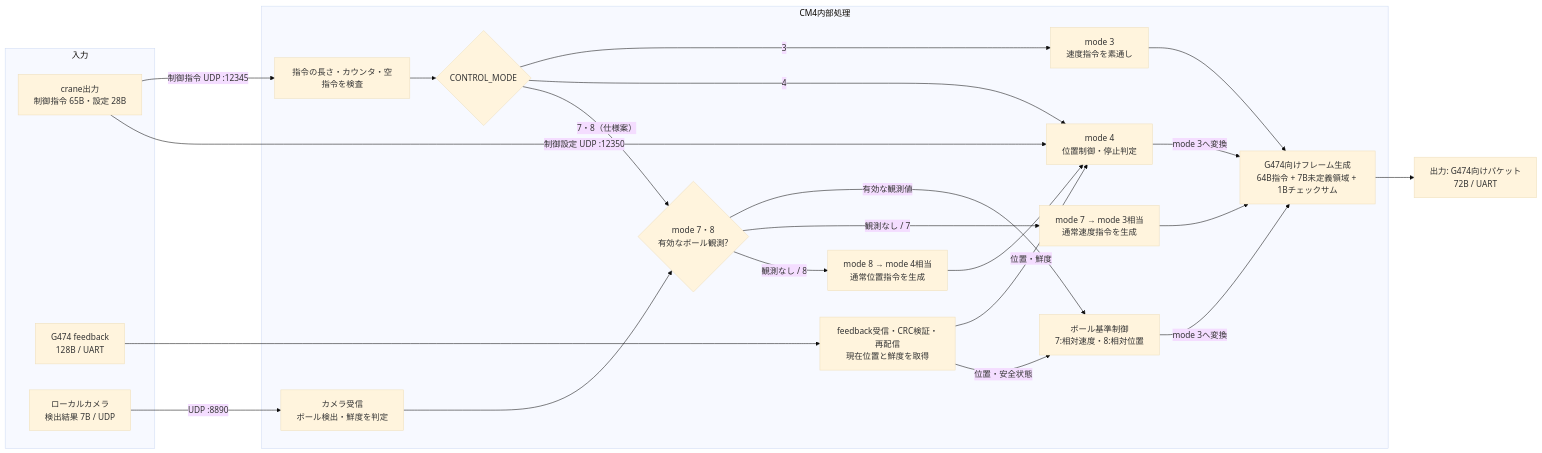
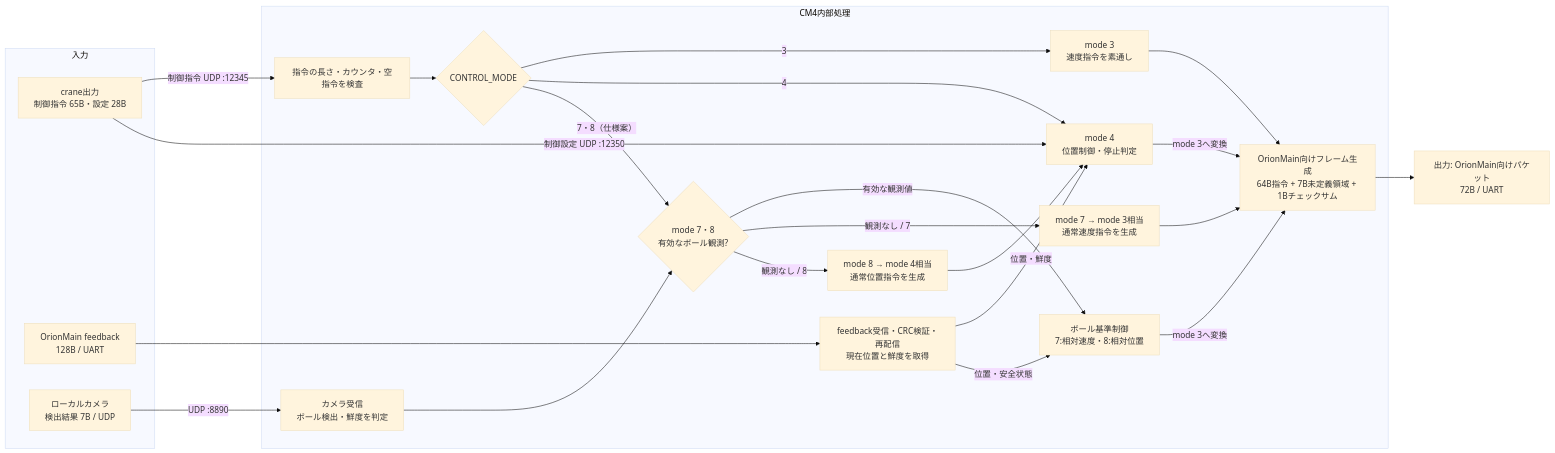
The diagram in doc/overview.md (ibis-ssl/Orion_CM4), drawn with Mermaid (base theme) before and after one commit. The commit also changed other lines of this file and 7 other files, not shown here.

````diff
--- a/doc/overview.md
+++ b/doc/overview.md
@@ -199,42 +199,42 @@
 ```mermaid
 flowchart LR
     subgraph inputs["入力"]
         crane["crane出力<br/>制御指令 65B・設定 28B"]
-        feedback["G474 feedback<br/>128B / UART"]
+        feedback["OrionMain feedback<br/>128B / UART"]
         camera["ローカルカメラ<br/>検出結果 7B / UDP"]
     end
     subgraph cm4["CM4内部処理"]
         receive["指令の長さ・カウンタ・空指令を検査"]
         fb_receive["feedback受信・CRC検証・再配信<br/>現在位置と鮮度を取得"]
         cam_receive["カメラ受信<br/>ボール検出・鮮度を判定"]
         mode{"CONTROL_MODE"}
         pass["mode 3<br/>速度指令を素通し"]
         position["mode 4<br/>位置制御・停止判定"]
         camera_check{"mode 7・8<br/>有効なボール観測?"}
         ball_control["ボール基準制御<br/>7:相対速度・8:相対位置"]
         fallback3["mode 7 → mode 3相当<br/>通常速度指令を生成"]
         fallback4["mode 8 → mode 4相当<br/>通常位置指令を生成"]
-        uart["G474向けフレーム生成<br/>64B指令 + 7B未定義領域 + 1Bチェックサム"]
+        uart["OrionMain向けフレーム生成<br/>64B指令 + 7B未定義領域 + 1Bチェックサム"]
     end
-    output["出力: G474向けパケット<br/>72B / UART"]
+    output["出力: OrionMain向けパケット<br/>72B / UART"]
     crane -->|"制御指令 UDP :12345"| receive
     crane -->|"制御設定 UDP :12350"| position
     feedback --> fb_receive
     camera -->|"UDP :8890"| cam_receive
     receive --> mode
     fb_receive -->|"位置・鮮度"| position
     fb_receive -->|"位置・安全状態"| ball_control
     cam_receive --> camera_check
     mode -->|"3"| pass
     mode -->|"4"| position
     mode -->|"7・8（仕様案）"| camera_check
     camera_check -->|"有効な観測値"| ball_control
     camera_check -->|"観測なし / 7"| fallback3
     camera_check -->|"観測なし / 8"| fallback4
     fallback4 --> position
     pass --> uart
     fallback3 --> uart
     position -->|"mode 3へ変換"| uart
     ball_control -->|"mode 3へ変換"| uart
     uart --> output
 ```
````
